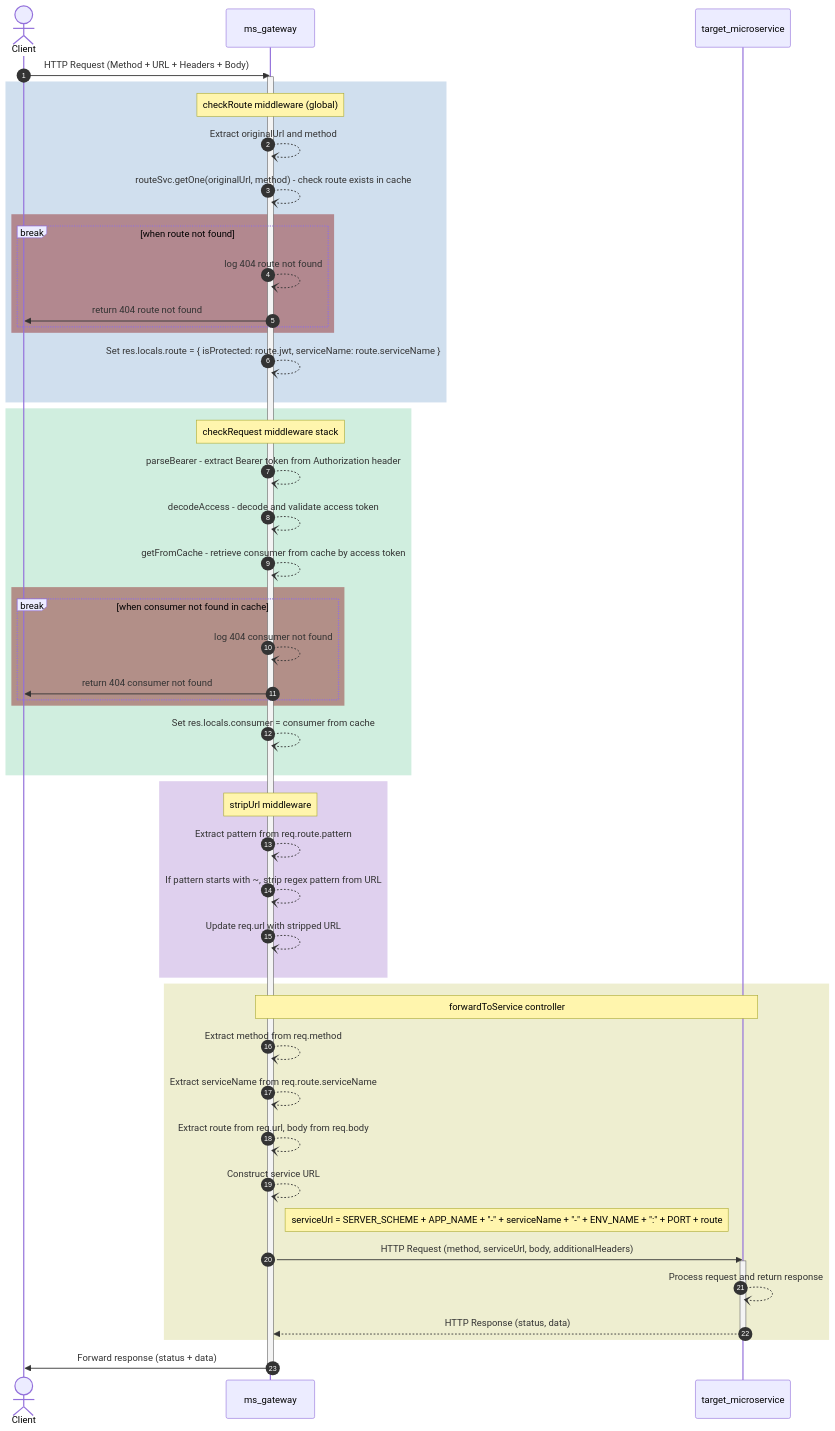
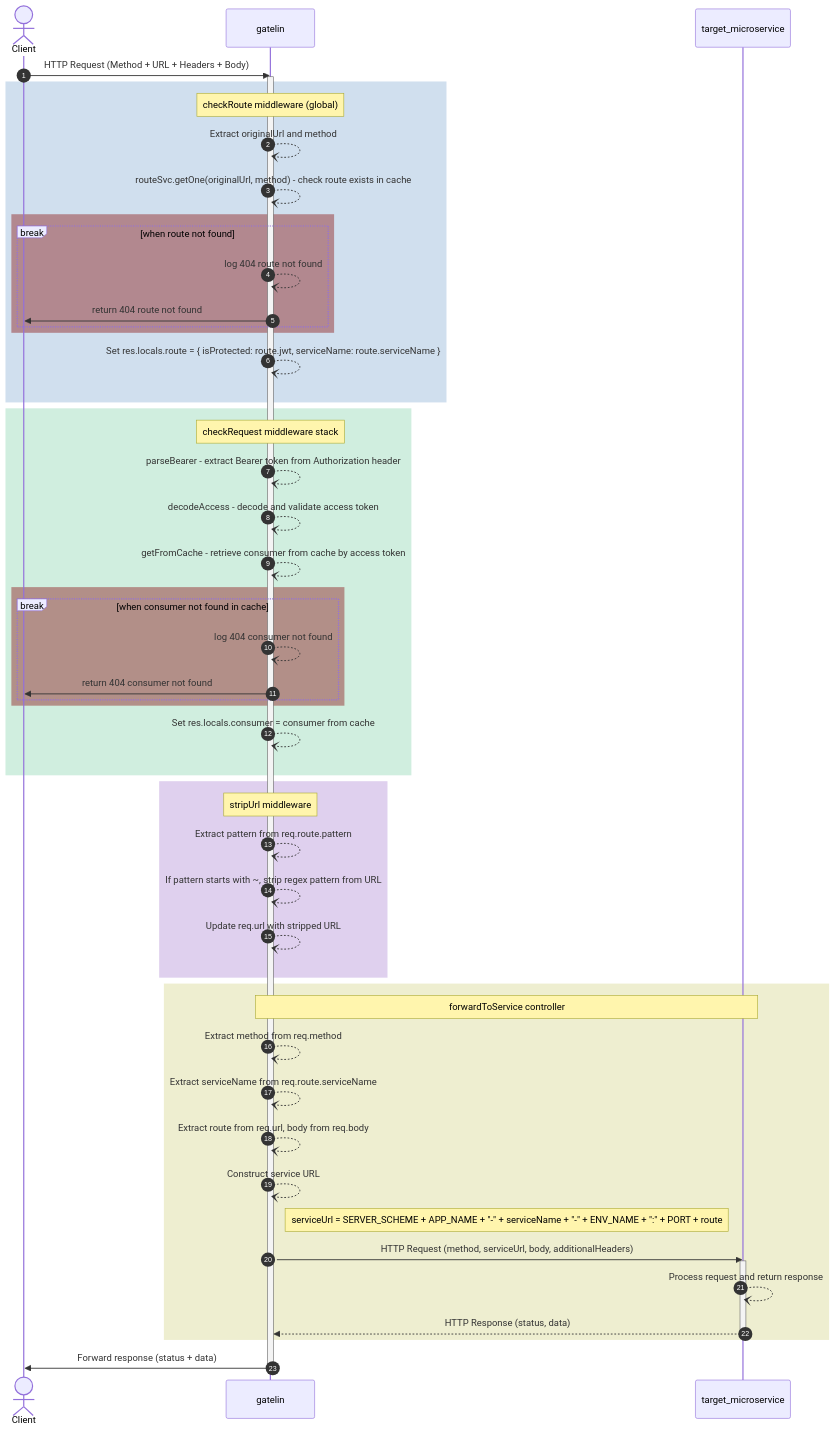
Before and after one commit to ALTEN-group/Gatelin: the diagram in doc/proxy.sd.md, drawn with Mermaid. The commit also changed 356 other files, not shown here.

````diff
--- a/doc/proxy.sd.md
+++ b/doc/proxy.sd.md
@@ -1,72 +1,72 @@
 ```mermaid
 ---
 caption: Sequence diagram for proxy route call
 ---
 
 sequenceDiagram
   autonumber
   actor c as Client
-  participant gw as ms_gateway
+  participant gw as gatelin
   participant ms as target_microservice
   
   c->>gw: HTTP Request (Method + URL + Headers + Body)
   activate gw
   
   rect rgb(100, 150, 200, 0.3)
     note over gw: checkRoute middleware (global)
     gw--)gw: Extract originalUrl and method
     gw--)gw: routeSvc.getOne(originalUrl, method) - check route exists in cache
     
     rect rgb(150, 50, 50, 0.5)
       break when route not found
         gw--)gw: log 404 route not found
         gw->>c: return 404 route not found
       end
     end
     
     gw--)gw: Set res.locals.route = { isProtected: route.jwt, serviceName: route.serviceName }
   end
   
   rect rgb(100, 200, 150, 0.3)
     note over gw: checkRequest middleware stack
     gw--)gw: parseBearer - extract Bearer token from Authorization header
     gw--)gw: decodeAccess - decode and validate access token
     gw--)gw: getFromCache - retrieve consumer from cache by access token
     
     rect rgb(150, 50, 50, 0.5)
       break when consumer not found in cache
         gw--)gw: log 404 consumer not found
         gw->>c: return 404 consumer not found
       end
     end
     
     gw--)gw: Set res.locals.consumer = consumer from cache
   end
   
   rect rgb(150, 100, 200, 0.3)
     note over gw: stripUrl middleware
     gw--)gw: Extract pattern from req.route.pattern
     gw--)gw: If pattern starts with ~, strip regex pattern from URL
     gw--)gw: Update req.url with stripped URL
   end
   
   rect rgb(200, 200, 100, 0.3)
     note over gw,ms: forwardToService controller
     gw--)gw: Extract method from req.method
     gw--)gw: Extract serviceName from req.route.serviceName
     gw--)gw: Extract route from req.url, body from req.body
     gw--)gw: Construct service URL
     note right of gw: serviceUrl = SERVER_SCHEME + APP_NAME + "-" + serviceName + "-" + ENV_NAME + ":" + PORT + route
     
     gw->>ms: HTTP Request (method, serviceUrl, body, additionalHeaders)
     activate ms
     
     ms--)ms: Process request and return response
     
     ms-->>gw: HTTP Response (status, data)
     deactivate ms
   end
   
   gw->>c: Forward response (status + data)
   deactivate gw
 ```
````
